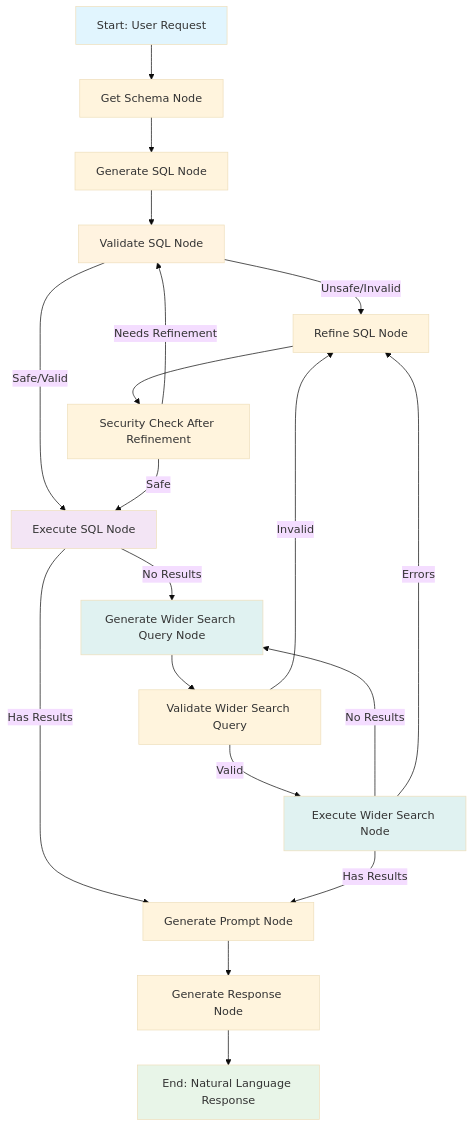
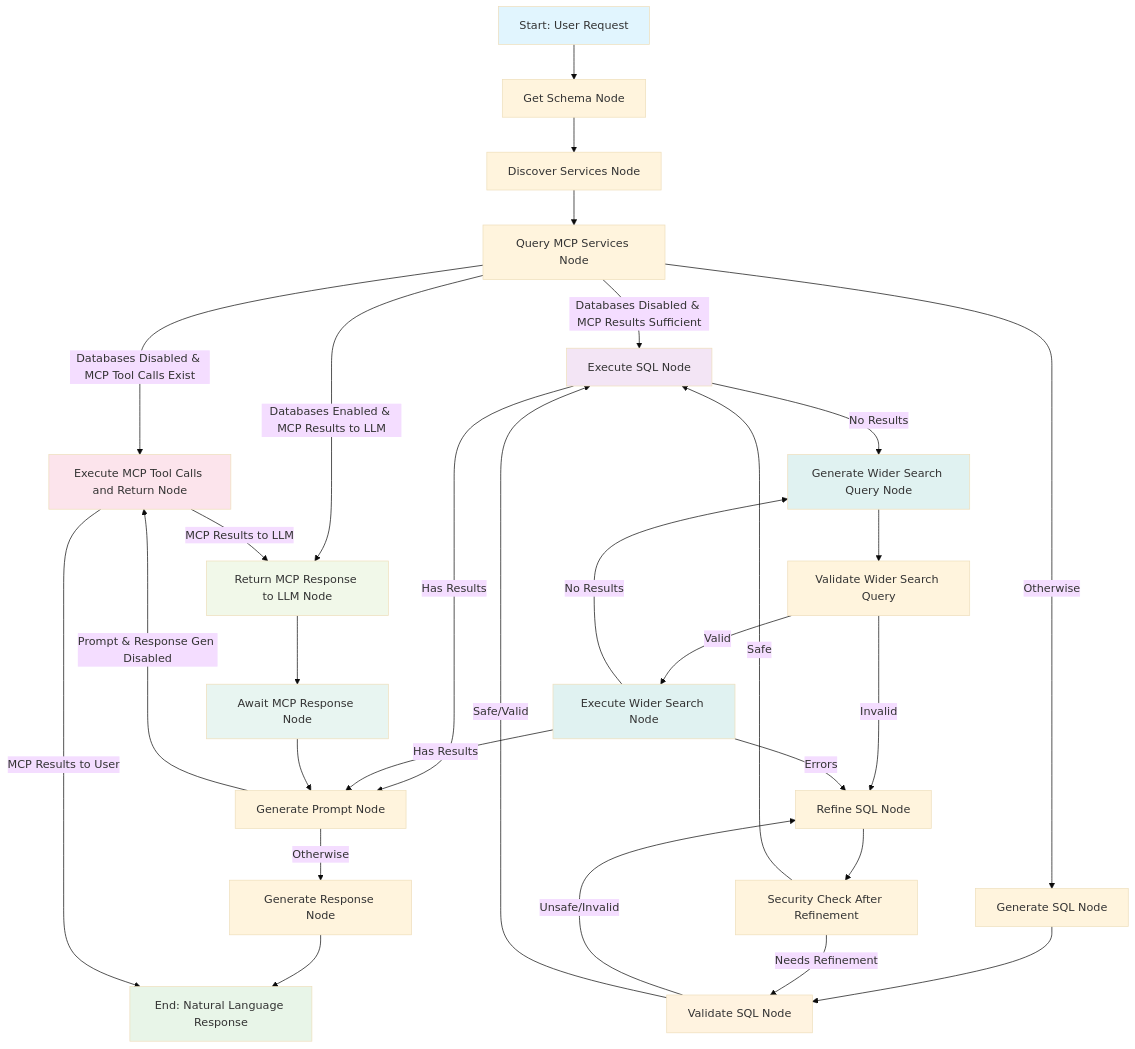
One commit to in40/ai-agent changed the diagram in docs/architecture_diagram.md. Above: the diagram before and after it, drawn with Mermaid (base theme). The commit also changed other lines of this file and 9 other files, not shown here.

````diff
--- a/docs/architecture_diagram.md
+++ b/docs/architecture_diagram.md
@@ -5,34 +5,51 @@
 ```mermaid
 graph TD
     A[Start: User Request] --> B[Get Schema Node]
-    B --> C[Generate SQL Node]
-    C --> D[Validate SQL Node]
-    
-    D -->|Unsafe/Invalid| E[Refine SQL Node]
-    D -->|Safe/Valid| F[Execute SQL Node]
-    
-    E --> G[Security Check After Refinement]
-    G -->|Needs Refinement| D
-    G -->|Safe| F
-    
-    F -->|Has Results| H[Generate Prompt Node]
-    F -->|No Results| I[Generate Wider Search Query Node]
-    
-    H --> J[Generate Response Node]
-    J --> K[End: Natural Language Response]
-    
-    I --> L[Validate Wider Search Query]
-    L -->|Invalid| E
-    L -->|Valid| M[Execute Wider Search Node]
-    
-    M -->|Has Results| H
-    M -->|No Results| I
-    M -->|Errors| E
-    
+    B --> C[Discover Services Node]
+    C --> D[Query MCP Services Node]
+
+    D -->|Databases Disabled & MCP Tool Calls Exist| Z[Execute MCP Tool Calls and Return Node]
+    D -->|Databases Disabled & MCP Results Sufficient| H[Generate Prompt Node]
+    D -->|Databases Enabled & MCP Results to LLM| AA[Return MCP Response to LLM Node]
+    D -->|Otherwise| E[Generate SQL Node]
+
+    E --> F[Validate SQL Node]
+    F -->|Unsafe/Invalid| G[Refine SQL Node]
+    F -->|Safe/Valid| H[Execute SQL Node]
+
+    G --> I[Security Check After Refinement]
+    I -->|Needs Refinement| F
+    I -->|Safe| H
+
+    H -->|Has Results| J[Generate Prompt Node]
+    H -->|No Results| K[Generate Wider Search Query Node]
+
+    J -->|Prompt & Response Gen Disabled| Z
+    J -->|Otherwise| L[Generate Response Node]
+
+    L --> M[End: Natural Language Response]
+
+    K --> N[Validate Wider Search Query]
+    N -->|Invalid| G
+    N -->|Valid| O[Execute Wider Search Node]
+
+    O -->|Has Results| J
+    O -->|No Results| K
+    O -->|Errors| G
+
+    AA --> BB[Await MCP Response Node]
+    BB --> J
+
+    Z -->|MCP Results to LLM| AA
+    Z -->|MCP Results to User| M
+
     style A fill:#e1f5fe
-    style K fill:#e8f5e8
-    style D fill:#fff3e0
-    style F fill:#f3e5f5
-    style I fill:#e0f2f1
-    style M fill:#e0f2f1
+    style M fill:#e8f5e8
+    style F fill:#fff3e0
+    style H fill:#f3e5f5
+    style K fill:#e0f2f1
+    style O fill:#e0f2f1
+    style Z fill:#fce4ec
+    style AA fill:#f1f8e9
+    style BB fill:#e8f5f1
 ```
````
